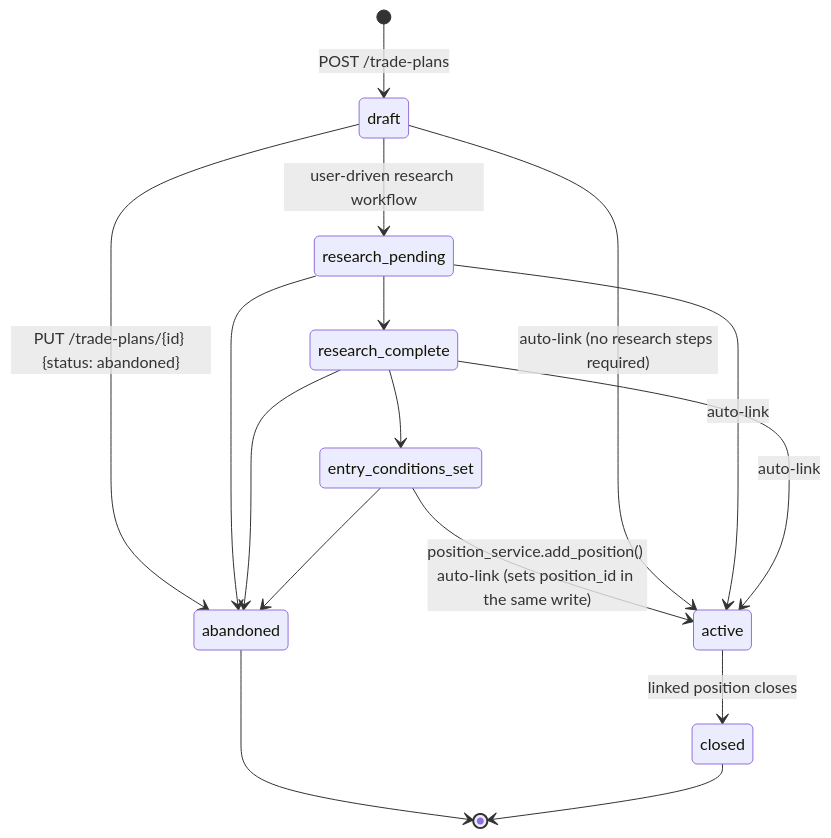
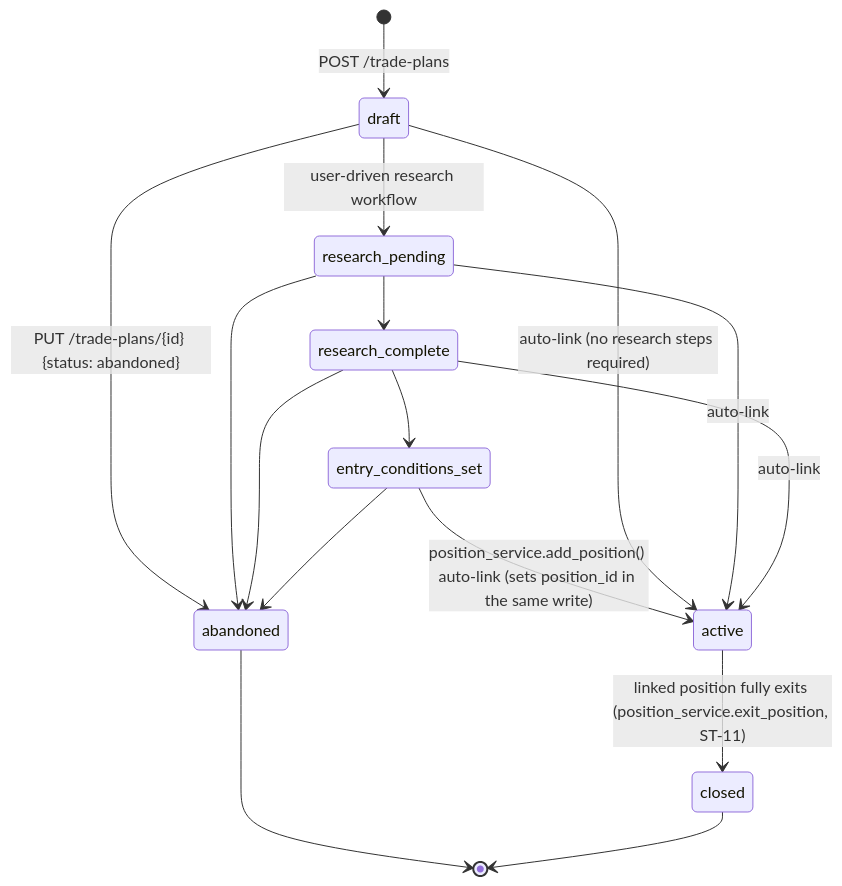
Before and after one commit to sachiv1984/swing-trading-model: the first of 2 diagrams in docs/specs/data_model.md, drawn with Mermaid. The commit also changed other lines of this file and 12 other files, not shown here.

````diff
--- a/docs/specs/data_model.md
+++ b/docs/specs/data_model.md
@@ -657,18 +657,18 @@
 ```mermaid
 stateDiagram-v2
     [*] --> draft: POST /trade-plans
     draft --> research_pending: user-driven research workflow
     research_pending --> research_complete
     research_complete --> entry_conditions_set
     entry_conditions_set --> active: position_service.add_position() auto-link (sets position_id in the same write)
     draft --> active: auto-link (no research steps required)
     research_pending --> active: auto-link
     research_complete --> active: auto-link
-    active --> closed: linked position closes
+    active --> closed: linked position fully exits (position_service.exit_position, ST-11)
     draft --> abandoned: PUT /trade-plans/{id} {status: abandoned}
     research_pending --> abandoned
     research_complete --> abandoned
     entry_conditions_set --> abandoned
     abandoned --> [*]
     closed --> [*]
 ```
````
